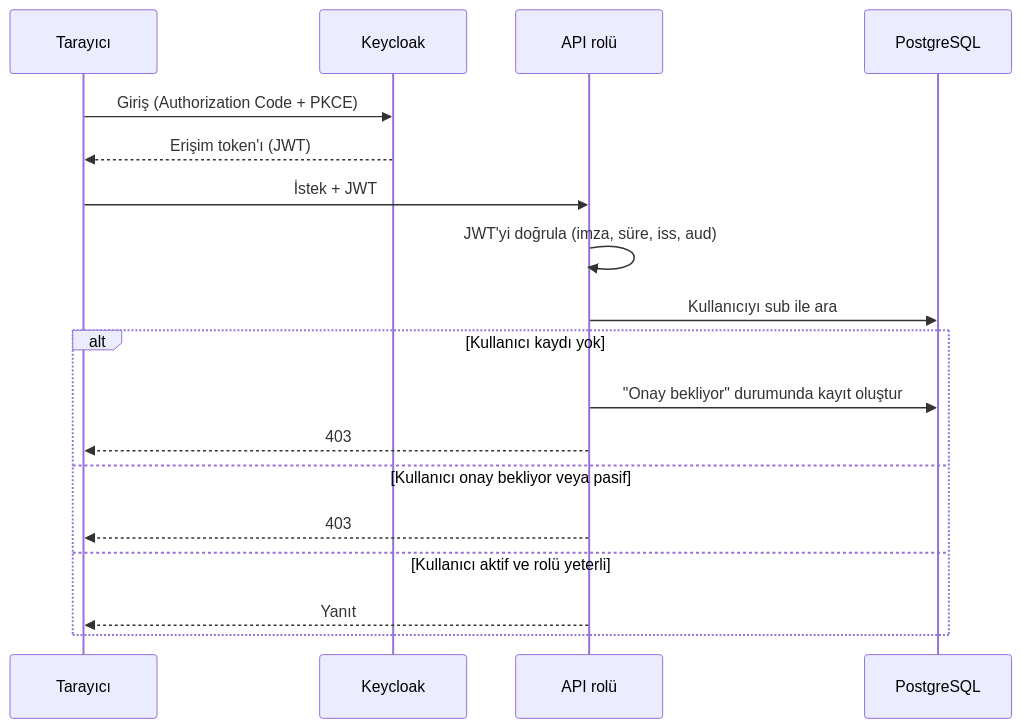
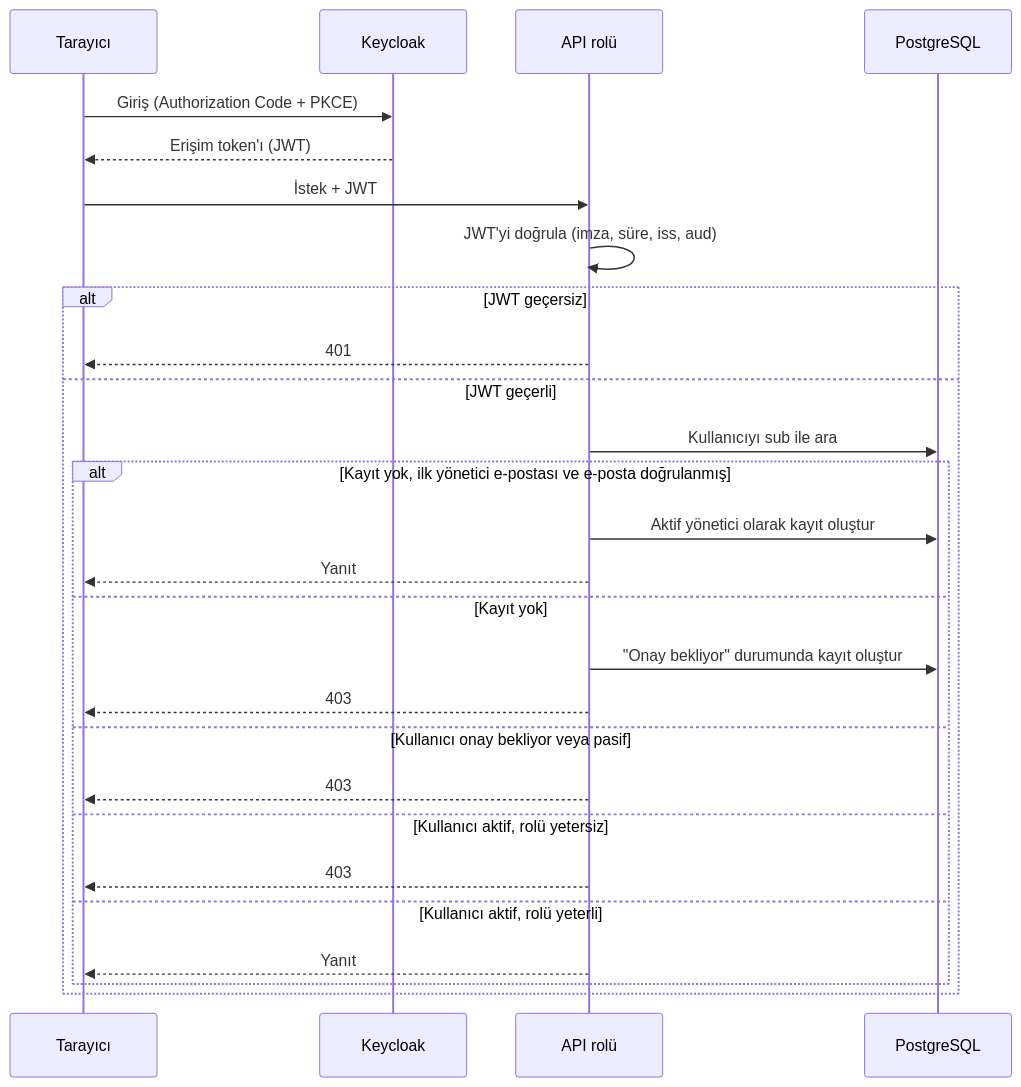
One commit to FallErdem/haber-arama-platformu changed the sixth of 8 diagrams in docs/04-mimari.md. Above: the diagram before and after it, drawn with Mermaid. The commit also changed other lines of this file, not shown here.

Commit message:
docs: mimari dokümanındaki akış diyagramları düzeltildi

````diff
--- a/docs/04-mimari.md
+++ b/docs/04-mimari.md
@@ -175,21 +175,30 @@
 ```mermaid
 sequenceDiagram
     participant B as Tarayıcı
     participant KC as Keycloak
     participant A as API rolü
     participant PG as PostgreSQL
 
     B->>KC: Giriş (Authorization Code + PKCE)
     KC-->>B: Erişim token'ı (JWT)
     B->>A: İstek + JWT
     A->>A: JWT'yi doğrula (imza, süre, iss, aud)
-    A->>PG: Kullanıcıyı sub ile ara
-    alt Kullanıcı kaydı yok
-        A->>PG: "Onay bekliyor" durumunda kayıt oluştur
-        A-->>B: 403
-    else Kullanıcı onay bekliyor veya pasif
-        A-->>B: 403
-    else Kullanıcı aktif ve rolü yeterli
-        A-->>B: Yanıt
+    alt JWT geçersiz
+        A-->>B: 401
+    else JWT geçerli
+        A->>PG: Kullanıcıyı sub ile ara
+        alt Kayıt yok, ilk yönetici e-postası ve e-posta doğrulanmış
+            A->>PG: Aktif yönetici olarak kayıt oluştur
+            A-->>B: Yanıt
+        else Kayıt yok
+            A->>PG: "Onay bekliyor" durumunda kayıt oluştur
+            A-->>B: 403
+        else Kullanıcı onay bekliyor veya pasif
+            A-->>B: 403
+        else Kullanıcı aktif, rolü yetersiz
+            A-->>B: 403
+        else Kullanıcı aktif, rolü yeterli
+            A-->>B: Yanıt
+        end
     end
 ```
````
